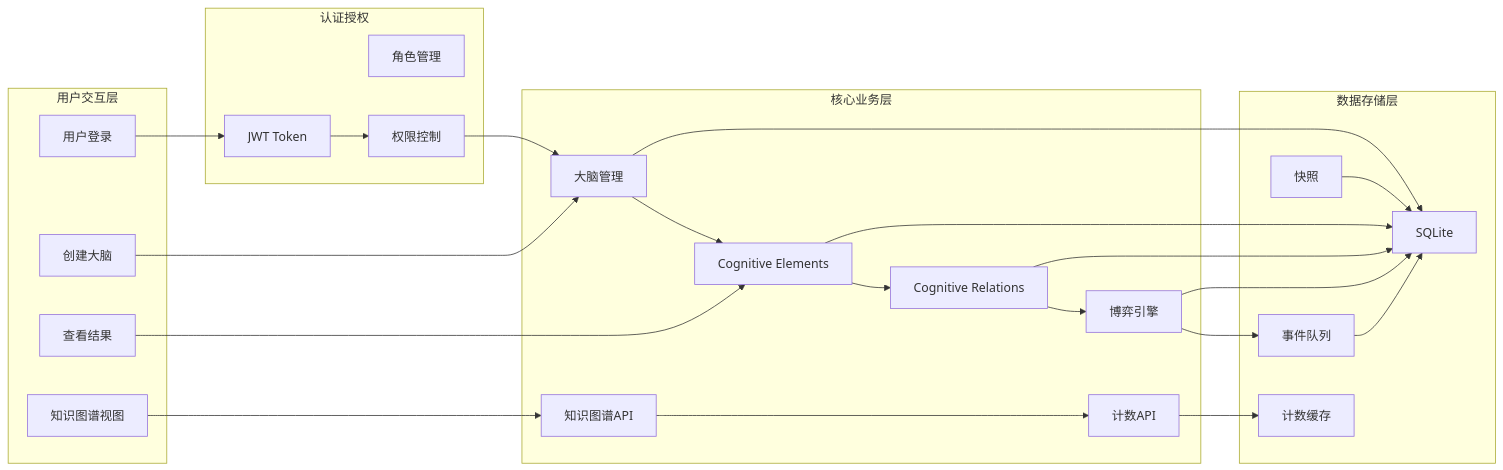
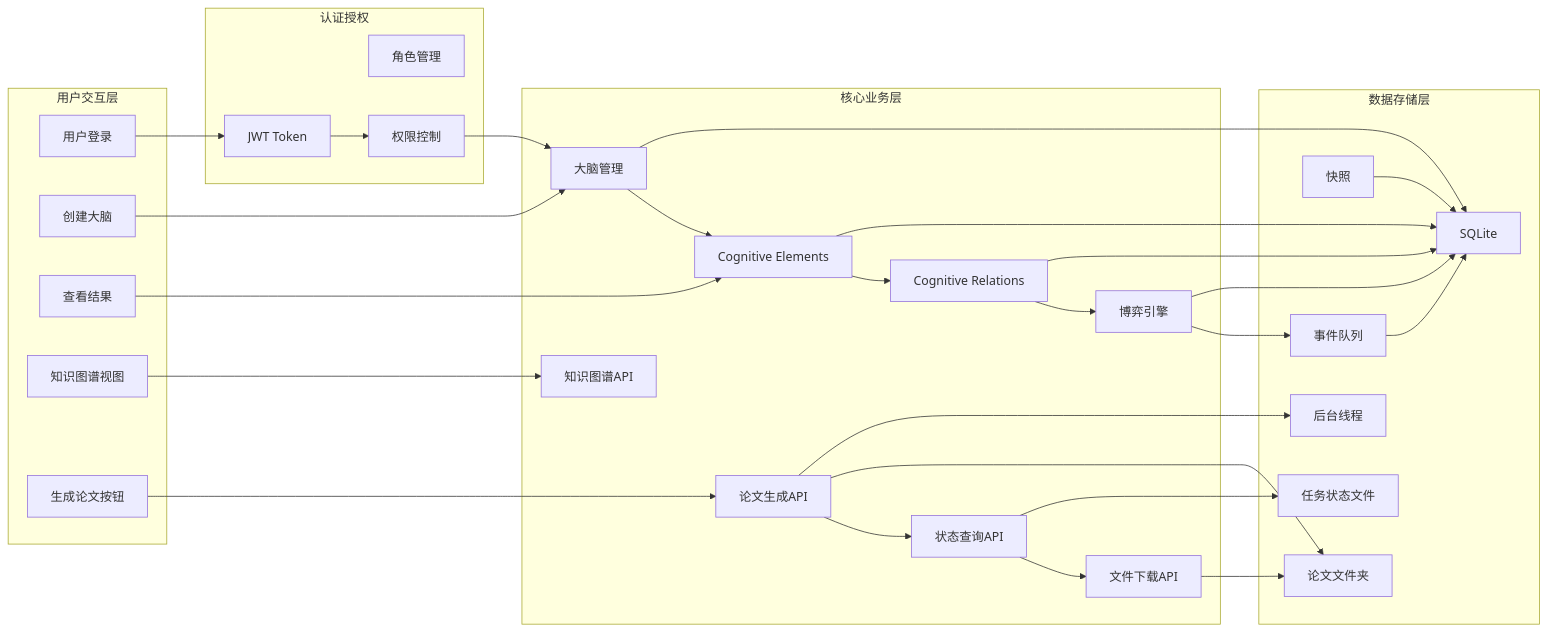
The fourth of 13 diagrams in .qoder/repowiki/zh/content/API参考文档/大脑管理API.md (GDY-ai/AInstein), drawn with Mermaid before and after one commit. The commit also changed other lines of this file and 90 other files, not shown here.

````diff
--- a/.qoder/repowiki/zh/content/API参考文档/大脑管理API.md
+++ b/.qoder/repowiki/zh/content/API参考文档/大脑管理API.md
@@ -171,46 +164,56 @@
 ```mermaid
 graph LR
 subgraph "用户交互层"
 LOGIN[用户登录]
 CREATE[创建大脑]
 VIEW[查看结果]
 KGVIEW[知识图谱视图]
+PAPERBTN[生成论文按钮]
 end
 subgraph "认证授权"
 JWT[JWT Token]
 ROLE[角色管理]
 AUTHZ[权限控制]
 end
 subgraph "核心业务层"
 BRAIN[大脑管理]
 CE[Cognitive Elements]
 REL[Cognitive Relations]
 DELIB[博弈引擎]
 KGAPI[知识图谱API]
-COUNTAPI[计数API]
+PAPERAPI[论文生成API]
+STATUSAPI[状态查询API]
+DOWNLOADAPI[文件下载API]
 end
 subgraph "数据存储层"
 SQLITE[SQLite]
 EVENTS[事件队列]
 SNAPSHOTS[快照]
-COUNTCACHE[计数缓存]
+PAPERS[论文文件夹]
+TASKS[任务状态文件]
+THREAD[后台线程]
 end
 LOGIN --> JWT
 CREATE --> BRAIN
 VIEW --> CE
 KGVIEW --> KGAPI
+PAPERBTN --> PAPERAPI
+PAPERAPI --> STATUSAPI
+STATUSAPI --> DOWNLOADAPI
 JWT --> AUTHZ
 AUTHZ --> BRAIN
 BRAIN --> CE
 CE --> REL
 REL --> DELIB
 DELIB --> EVENTS
 BRAIN --> SQLITE
 CE --> SQLITE
 REL --> SQLITE
 DELIB --> SQLITE
 EVENTS --> SQLITE
 SNAPSHOTS --> SQLITE
-KGAPI --> COUNTAPI
-COUNTAPI --> COUNTCACHE
+PAPERAPI --> PAPERS
+STATUSAPI --> TASKS
+DOWNLOADAPI --> PAPERS
+PAPERAPI --> THREAD
 ```
````
